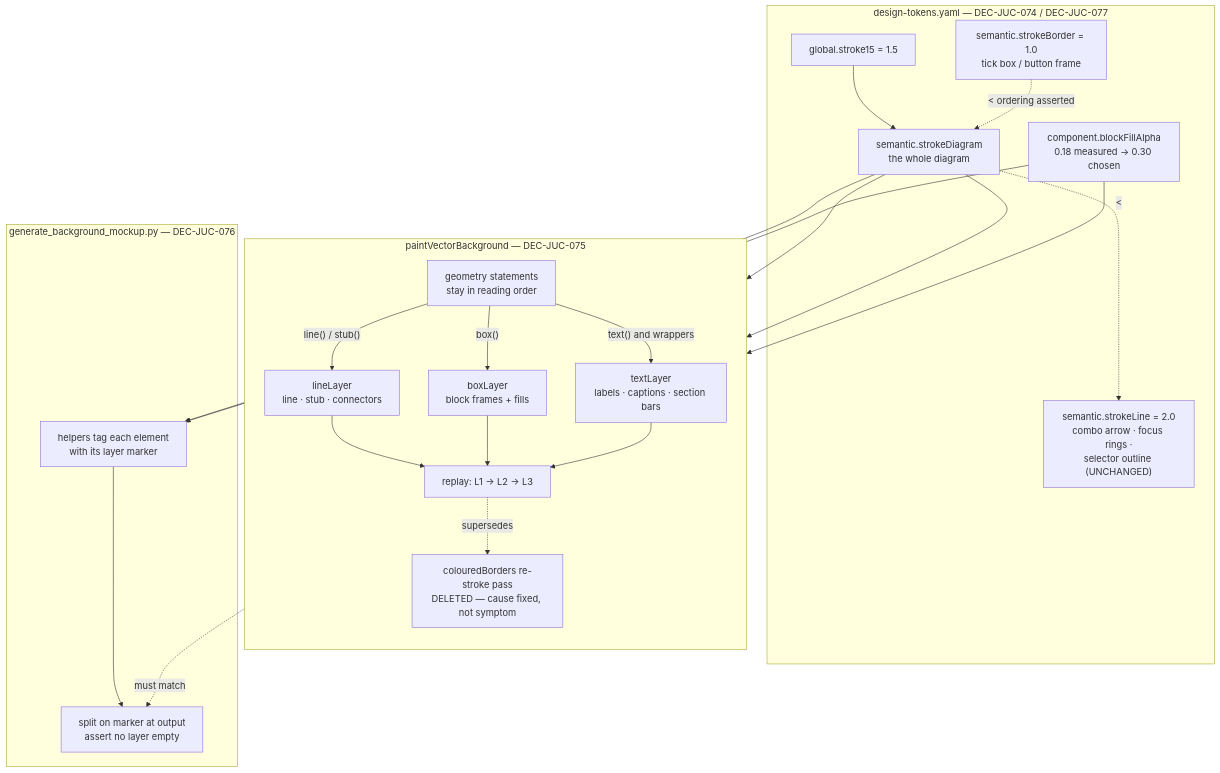
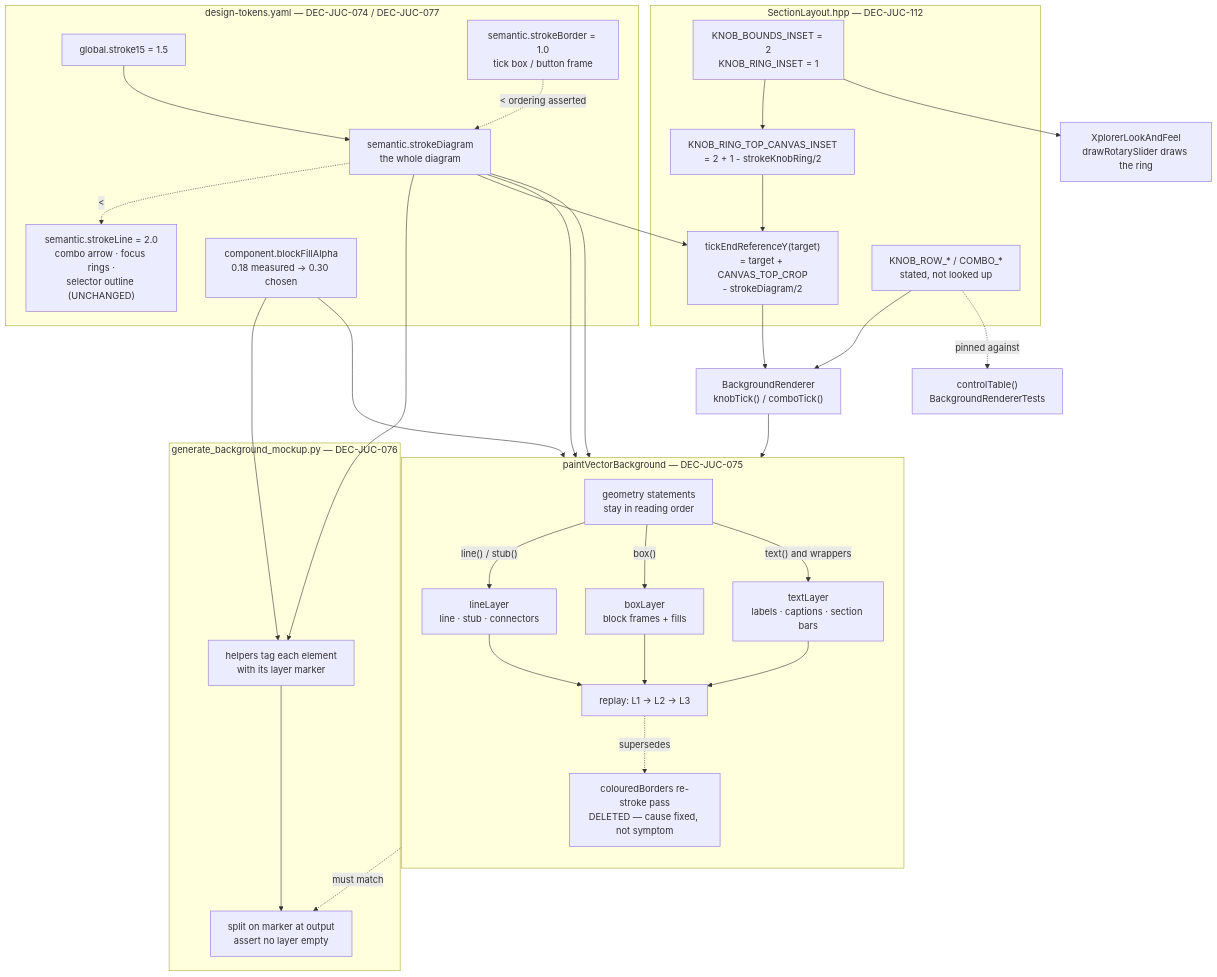
One commit to xplorer2716/XplorerEditor changed the diagram in process/2.architecture/ADR-JUC-027-diagram-stroke-and-paint-order.md. Above: the diagram before and after it, drawn with Mermaid. The commit also changed other lines of this file and 10 other files, not shown here.

Commit message:
ADR-JUC-027/TASK-GUI-027 Ticks end on the control they feed, mockup generator back in parity (TASK-GUI-028, TASK-GUI-029)

````diff
--- a/process/2.architecture/ADR-JUC-027-diagram-stroke-and-paint-order.md
+++ b/process/2.architecture/ADR-JUC-027-diagram-stroke-and-paint-order.md
@@ -169,43 +264,59 @@
 ```mermaid
 flowchart TD
     subgraph tokens["design-tokens.yaml — DEC-JUC-074 / DEC-JUC-077"]
         G["global.stroke15 = 1.5"]
         SD["semantic.strokeDiagram<br/>the whole diagram"]
         SL["semantic.strokeLine = 2.0<br/>combo arrow · focus rings ·<br/>selector outline (UNCHANGED)"]
         SB["semantic.strokeBorder = 1.0<br/>tick box / button frame"]
         FA["component.blockFillAlpha<br/>0.18 measured → 0.30 chosen"]
         G --> SD
         SB -.->|"< ordering asserted"| SD
         SD -.->|"<"| SL
     end
 
     subgraph paint["paintVectorBackground — DEC-JUC-075"]
         direction TB
         P0["geometry statements<br/>stay in reading order"]
         L1["lineLayer<br/>line · stub · connectors"]
         L2["boxLayer<br/>block frames + fills"]
         L3["textLayer<br/>labels · captions · section bars"]
         R["replay: L1 → L2 → L3"]
         P0 -->|"line() / stub()"| L1
         P0 -->|"box()"| L2
         P0 -->|"text() and wrappers"| L3
         L1 --> R
         L2 --> R
         L3 --> R
         X["colouredBorders re-stroke pass<br/>DELETED — cause fixed, not symptom"]
         R -.->|"supersedes"| X
     end
 
     subgraph mock["generate_background_mockup.py — DEC-JUC-076"]
         M0["helpers tag each element<br/>with its layer marker"]
         M1["split on marker at output<br/>assert no layer empty"]
         M0 --> M1
     end
 
     SD --> L1
     SD --> L2
     FA --> L2
     SD --> M0
     FA --> M0
     R -.->|"must match"| M1
+
+    subgraph tick["SectionLayout.hpp — DEC-JUC-112"]
+        K1["KNOB_BOUNDS_INSET = 2<br/>KNOB_RING_INSET = 1"]
+        K2["KNOB_RING_TOP_CANVAS_INSET<br/>= 2 + 1 - strokeKnobRing/2"]
+        K3["tickEndReferenceY(target)<br/>= target + CANVAS_TOP_CROP<br/>- strokeDiagram/2"]
+        K4["KNOB_ROW_* / COMBO_*<br/>stated, not looked up"]
+        K1 --> K2
+        K2 --> K3
+    end
+
+    K1 --> LNF2["XplorerLookAndFeel<br/>drawRotarySlider draws the ring"]
+    K3 --> TICK["BackgroundRenderer<br/>knobTick() / comboTick()"]
+    K4 --> TICK
+    SD --> K3
+    TICK --> L1
+    K4 -.->|"pinned against"| CT2["controlTable()<br/>BackgroundRendererTests"]
 ```
````
